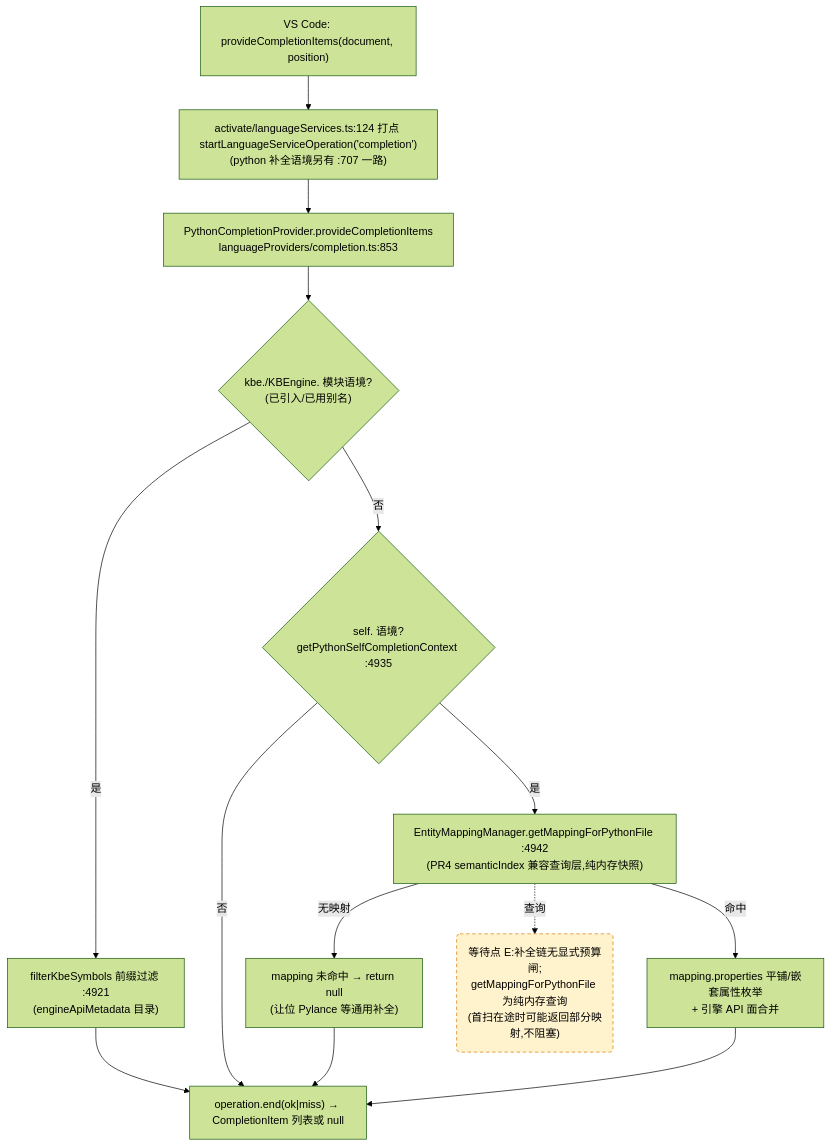
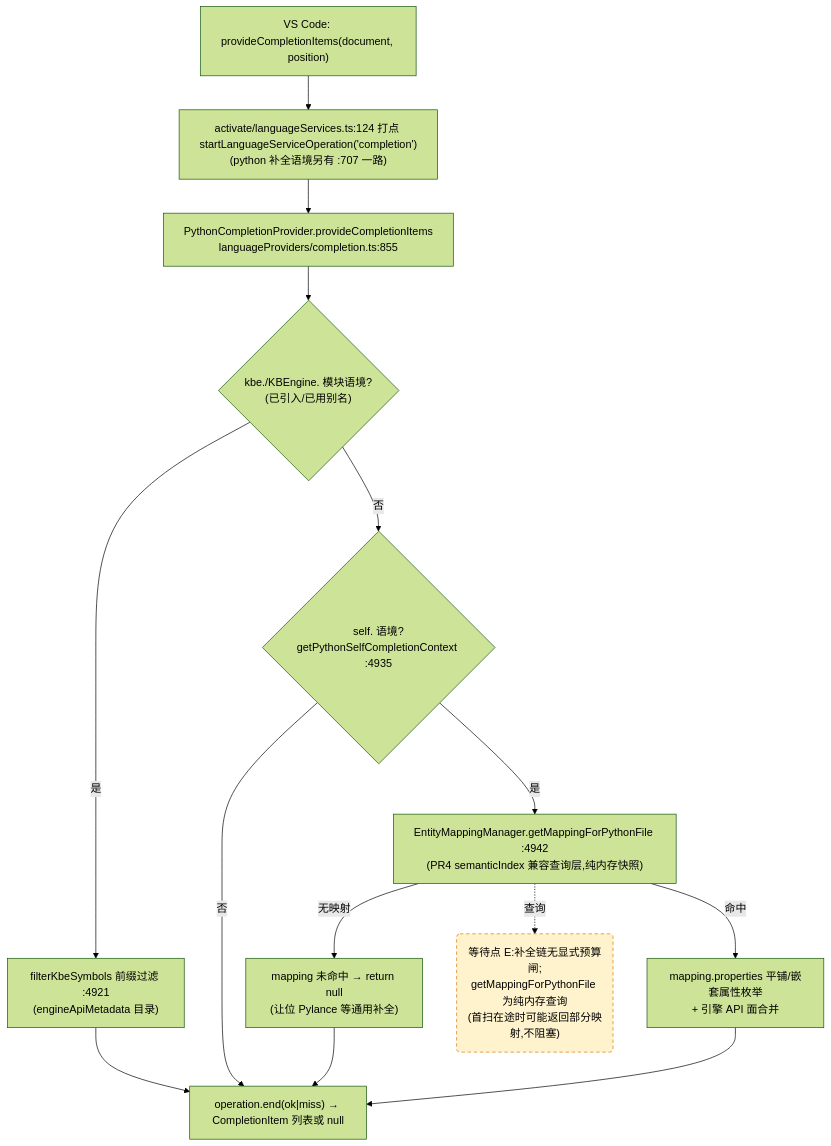
Before and after one commit to cuihairu/kode: the third of 4 diagrams in docs/perf/2026-baseline.md, drawn with Mermaid (forest theme). The commit also changed other lines of this file and 11 other files, not shown here.

````diff
--- a/docs/perf/2026-baseline.md
+++ b/docs/perf/2026-baseline.md
@@ -187,27 +187,27 @@
 ```mermaid
 flowchart TD
   VC3["VS Code: provideCompletionItems(document, position)"]
   M3["activate/languageServices.ts:124 打点 startLanguageServiceOperation('completion')<br/>(python 补全语境另有 :707 一路)"]
-  CP["PythonCompletionProvider.provideCompletionItems<br/>languageProviders/completion.ts:853"]
+  CP["PythonCompletionProvider.provideCompletionItems<br/>languageProviders/completion.ts:855"]
   KBEC{"kbe./KBEngine. 模块语境?<br/>(已引入/已用别名)"}
   FILTER["filterKbeSymbols 前缀过滤 :4921<br/>(engineApiMetadata 目录)"]
   SELFC{"self. 语境?<br/>getPythonSelfCompletionContext :4935"}
   MAP["EntityMappingManager.getMappingForPythonFile :4942<br/>(PR4 semanticIndex 兼容查询层,纯内存快照)"]
   NOMAP["mapping 未命中 → return null<br/>(让位 Pylance 等通用补全)"]
   PROPS["mapping.properties 平铺/嵌套属性枚举<br/>+ 引擎 API 面合并"]
   END3["operation.end(ok|miss) → CompletionItem 列表或 null"]
 
   VC3 --> M3 --> CP --> KBEC
   KBEC -- "是" --> FILTER --> END3
   KBEC -- "否" --> SELFC
   SELFC -- "否" --> END3
   SELFC -- "是" --> MAP
   MAP -- "无映射" --> NOMAP --> END3
   MAP -- "命中" --> PROPS --> END3
 
   WAITE("等待点 E:补全链无显式预算闸;<br/>getMappingForPythonFile 为纯内存查询<br/>(首扫在途时可能返回部分映射,不阻塞)")
   MAP -.->|查询| WAITE
 
   classDef waitPoint fill:#fff3cd,stroke:#d97706,stroke-dasharray:5 4;
   class WAITE waitPoint;
 ```
````
